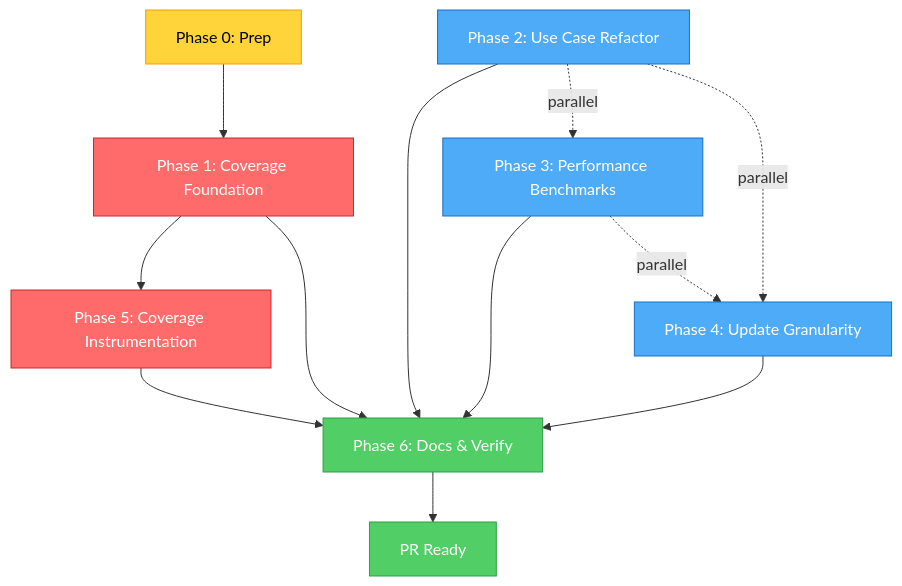
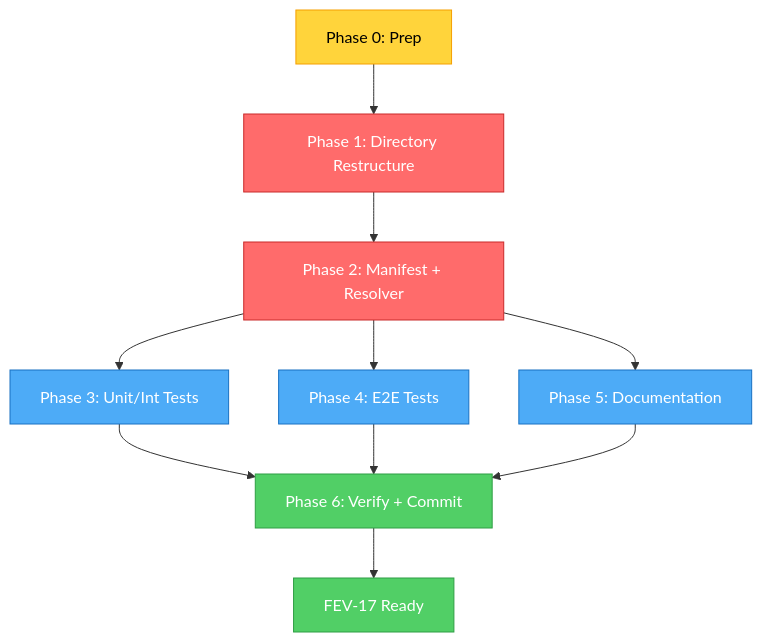
One commit to Fisherk2/codice-opencode changed the diagram in tasks/todo.md. Above: the diagram before and after it, drawn with Mermaid. The commit also changed other lines of this file and 1 other file, not shown here.

First line of the commit message:
docs(tasks): add FEV-17 implementation plan and todo list

````diff
--- a/tasks/todo.md
+++ b/tasks/todo.md
@@ -248,27 +246,22 @@
 ```mermaid
 graph TD
-    P0[Phase 0: Prep] --> P1[Phase 1: Coverage Foundation]
-    P1 --> P5[Phase 5: Coverage Instrumentation]
-    P1 --> P6[Phase 6: Docs & Verify]
-    
-    P2[Phase 2: Use Case Refactor] --> P6
-    P3[Phase 3: Performance Benchmarks] --> P6
-    P4[Phase 4: Update Granularity] --> P6
-    
+    P0[Phase 0: Prep] --> P1[Phase 1: Directory Restructure]
+    P1 --> P2[Phase 2: Manifest + Resolver]
+    P2 --> P3[Phase 3: Unit/Int Tests]
+    P2 --> P4[Phase 4: E2E Tests]
+    P2 --> P5[Phase 5: Documentation]
+    P3 --> P6[Phase 6: Verify + Commit]
+    P4 --> P6
     P5 --> P6
-    P2 -.->|parallel| P3
-    P2 -.->|parallel| P4
-    P3 -.->|parallel| P4
-    
-    P6 --> DONE[PR Ready]
-    
+    P6 --> DONE[FEV-17 Ready]
+
     classDef crit fill:#ff6b6b,stroke:#c92a2a,color:#fff
     classDef gate fill:#51cf66,stroke:#2f9e44,color:#fff
     classDef par fill:#4dabf7,stroke:#1971c2,color:#fff
     classDef seq fill:#ffd43b,stroke:#f59f00,color:#000
-    
-    class P1,P5 crit
+
+    class P1,P2 crit
     class P6,DONE gate
-    class P2,P3,P4 par
+    class P3,P4,P5 par
     class P0 seq
 ```
````
